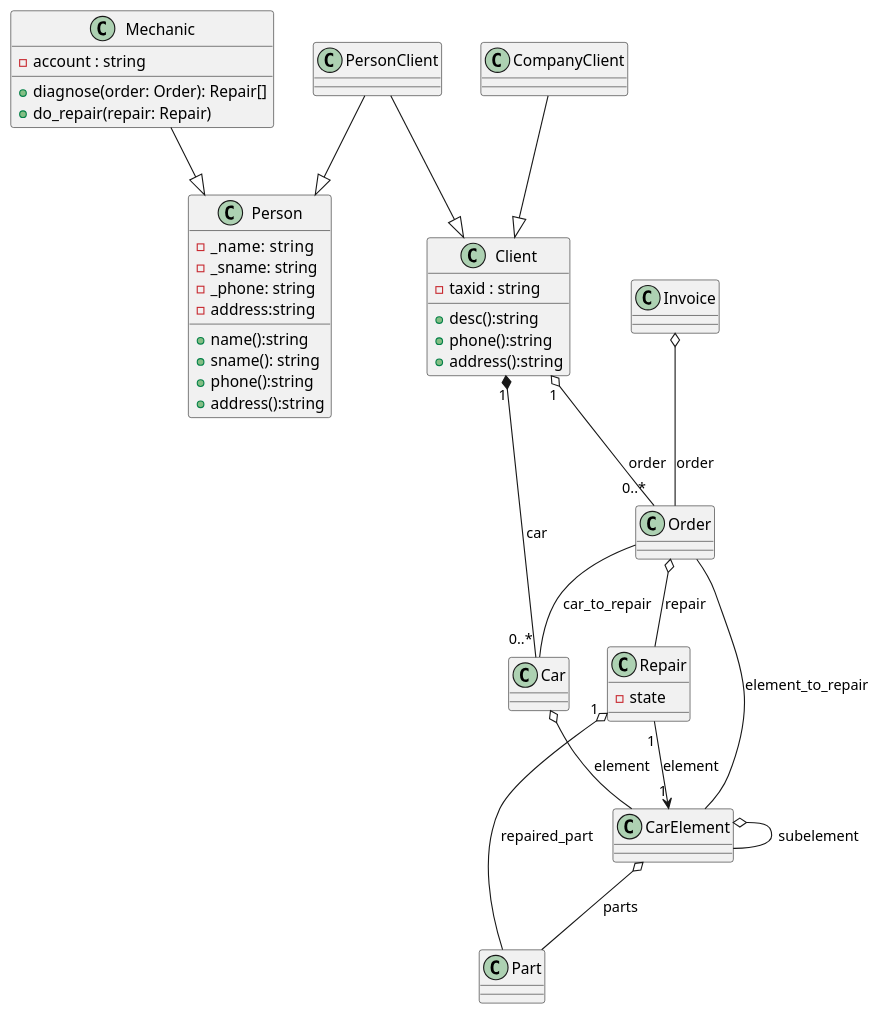
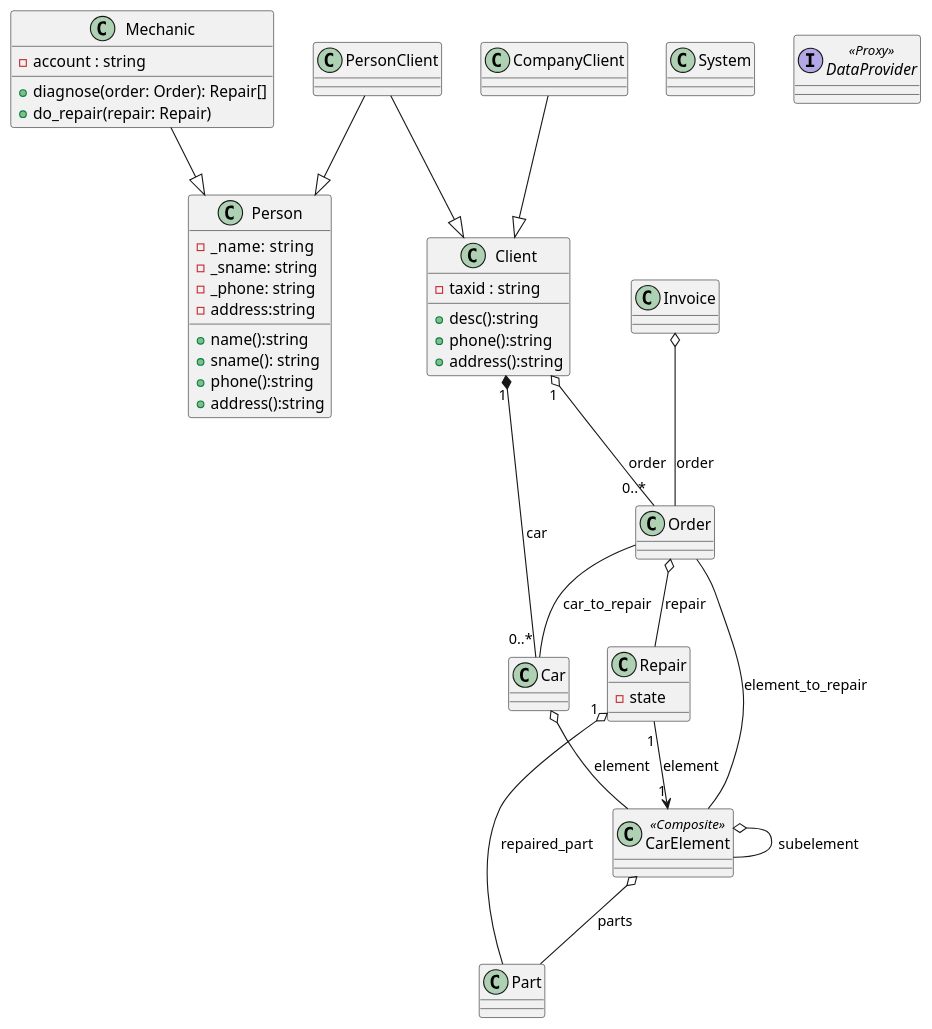
Before and after one commit to kpodlaski/Prog_zaaw_I_2020: the diagram in warsztat_class_diaram.plantuml, drawn with PlantUML.

Commit message:
two patters added to class diagram

```diff
--- a/warsztat_class_diaram.plantuml
+++ b/warsztat_class_diaram.plantuml
@@ -1,65 +1,75 @@
 @startuml
     Mechanic --|>Person  
     PersonClient --|> Person
     PersonClient --|> Client
     CompanyClient --|> Client
     Client "1" o-- "0..*" Order :order
     Client "1" *-- "0..*" Car: car
     Car o-- CarElement: element
     CarElement o-- Part : parts
     CarElement o-- CarElement: subelement
     Repair "1" --> "1" CarElement : element
     Repair "1" o-- Part : repaired_part
     Order -- CarElement : element_to_repair
     Order -- Car : car_to_repair
     Order o-- Repair : repair
     Invoice o-- Order: order
 
     class Person{
         -_name:  string 
         -_sname: string
         -_phone: string
         -address:string
 
         +name():string
         +sname(): string
         +phone():string
         +address():string
     }
 
     class Mechanic{
         -account : string
         +diagnose(order: Order): Repair[]
         +do_repair(repair: Repair)
     }
     class Client{
         -taxid : string
         +desc():string
         +phone():string
         +address():string
 
     }
 
     class PersonClient{
 
     }
 
     class CompanyClient{
 
     }
 
     class Car{}
 
-    class CarElement{}
+    class CarElement <<Composite>>{
+
+    }
     
     'Sate of part: broken, new, old 
     class Part{}
     class Order{}
     class Repair{
         - state
     }
 
     class Invoice{}
 
+    class System {}
+
+    'interface have only pure virtual methods
+    interface DataProvider  <<Proxy>>{
+        
+    }
+    
+
     'hide members
 @enduml
```
